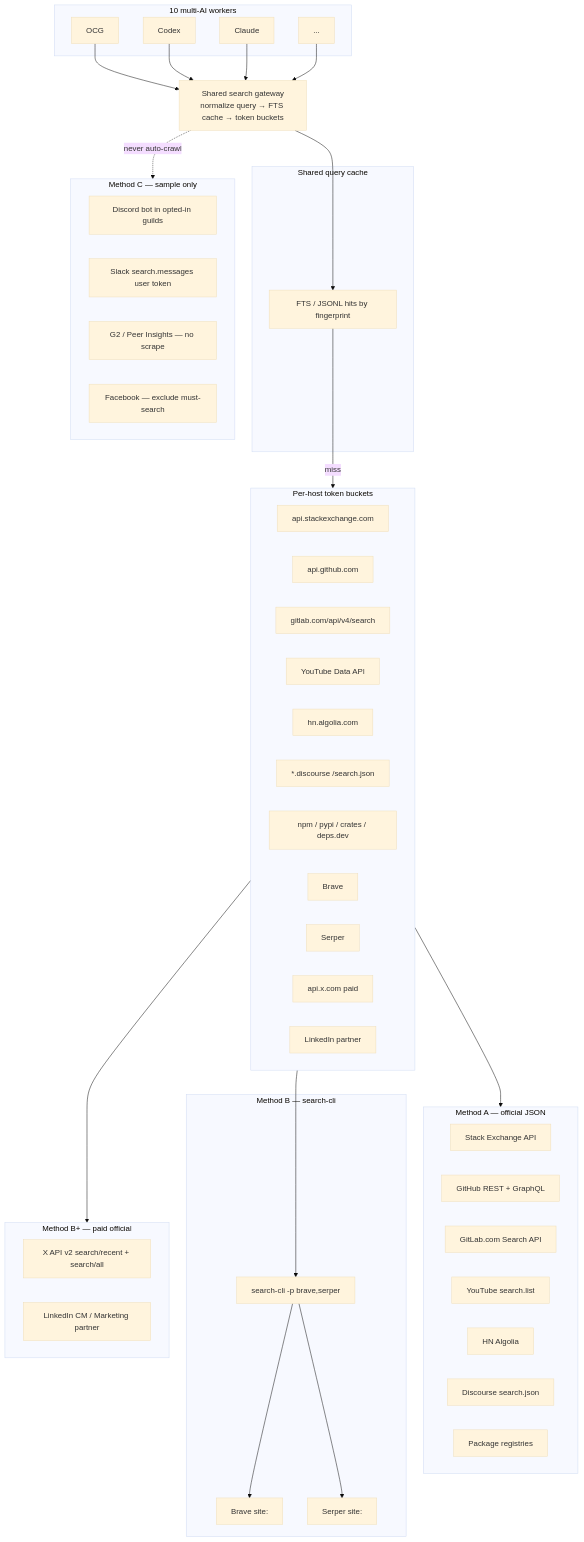
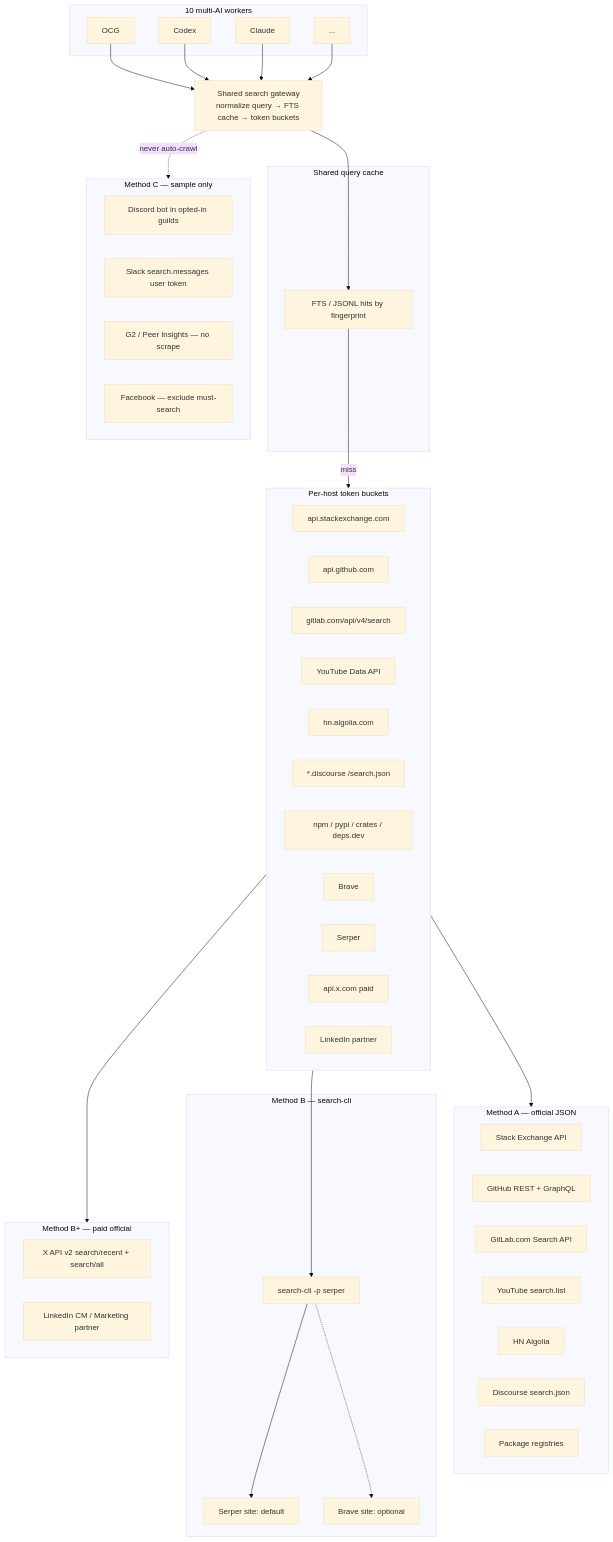
One commit to alo-exp/silver-bullet changed the diagram in research/2026-08-14-dr-must-search-channels/SEARCH-CHANNELS.md. Above: the diagram before and after it, drawn with Mermaid (base theme). The commit also changed other lines of this file and 2239 other files, not shown here.

````diff
--- a/research/2026-08-14-dr-must-search-channels/SEARCH-CHANNELS.md
+++ b/research/2026-08-14-dr-must-search-channels/SEARCH-CHANNELS.md
@@ -36,70 +36,70 @@
 ```mermaid
 flowchart TB
   subgraph agents [10 multi-AI workers]
     A1[OCG]
     A2[Codex]
     A3[Claude]
     A10[...]
   end
 
   GW[Shared search gateway<br/>normalize query → FTS cache → token buckets]
 
   subgraph cache [Shared query cache]
     FTS[FTS / JSONL hits by fingerprint]
   end
 
   subgraph buckets [Per-host token buckets]
     B_SE[api.stackexchange.com]
     B_GH[api.github.com]
     B_GL[gitlab.com/api/v4/search]
     B_YT[YouTube Data API]
     B_HN[hn.algolia.com]
     B_D[*.discourse /search.json]
     B_REG[npm / pypi / crates / deps.dev]
     B_BR[Brave]
     B_SR[Serper]
     B_X[api.x.com paid]
     B_LI[LinkedIn partner]
   end
 
   subgraph official [Method A — official JSON]
     SE[Stack Exchange API]
     GH[GitHub REST + GraphQL]
     GL[GitLab.com Search API]
     YT[YouTube search.list]
     HN[HN Algolia]
     DIS[Discourse search.json]
     PKG[Package registries]
   end
 
   subgraph agg [Method B — search-cli]
-    CLI[search-cli -p brave,serper]
-    Brave[Brave site:]
-    Serper[Serper site:]
+    CLI[search-cli -p serper]
+    Serper[Serper site: default]
+    Brave[Brave site: optional]
   end
 
   subgraph paid [Method B+ — paid official]
     XAPI[X API v2 search/recent + search/all]
     LIAPI[LinkedIn CM / Marketing partner]
   end
 
   subgraph human [Method C — sample only]
     DS[Discord bot in opted-in guilds]
     SL[Slack search.messages user token]
     G2[G2 / Peer Insights — no scrape]
     FB[Facebook — exclude must-search]
   end
 
   A1 --> GW
   A2 --> GW
   A3 --> GW
   A10 --> GW
   GW --> FTS
   FTS -->|miss| buckets
   buckets --> official
   buckets --> CLI
   buckets --> paid
-  CLI --> Brave
   CLI --> Serper
+  CLI -.-> Brave
   GW -.->|never auto-crawl| human
 ```
````
